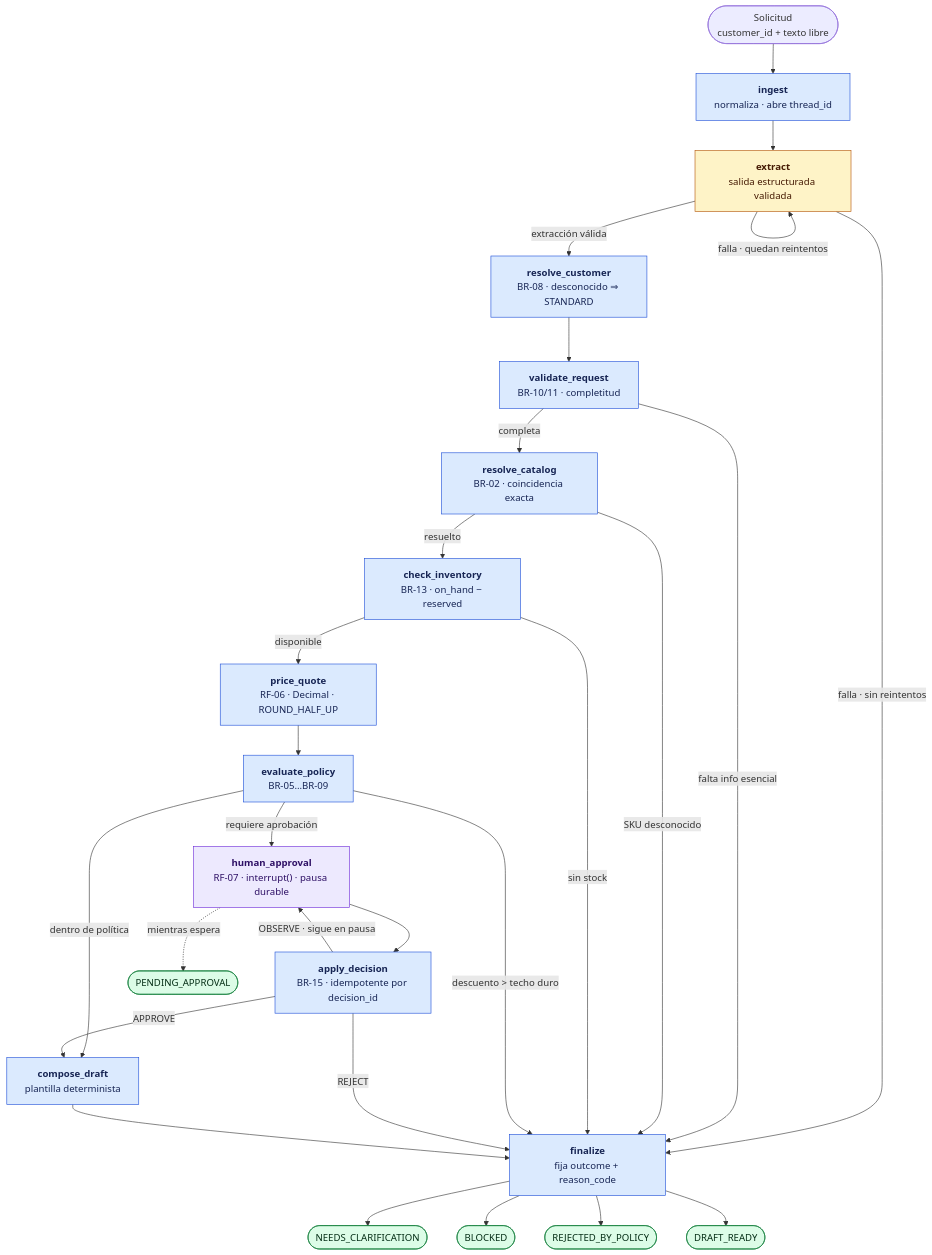
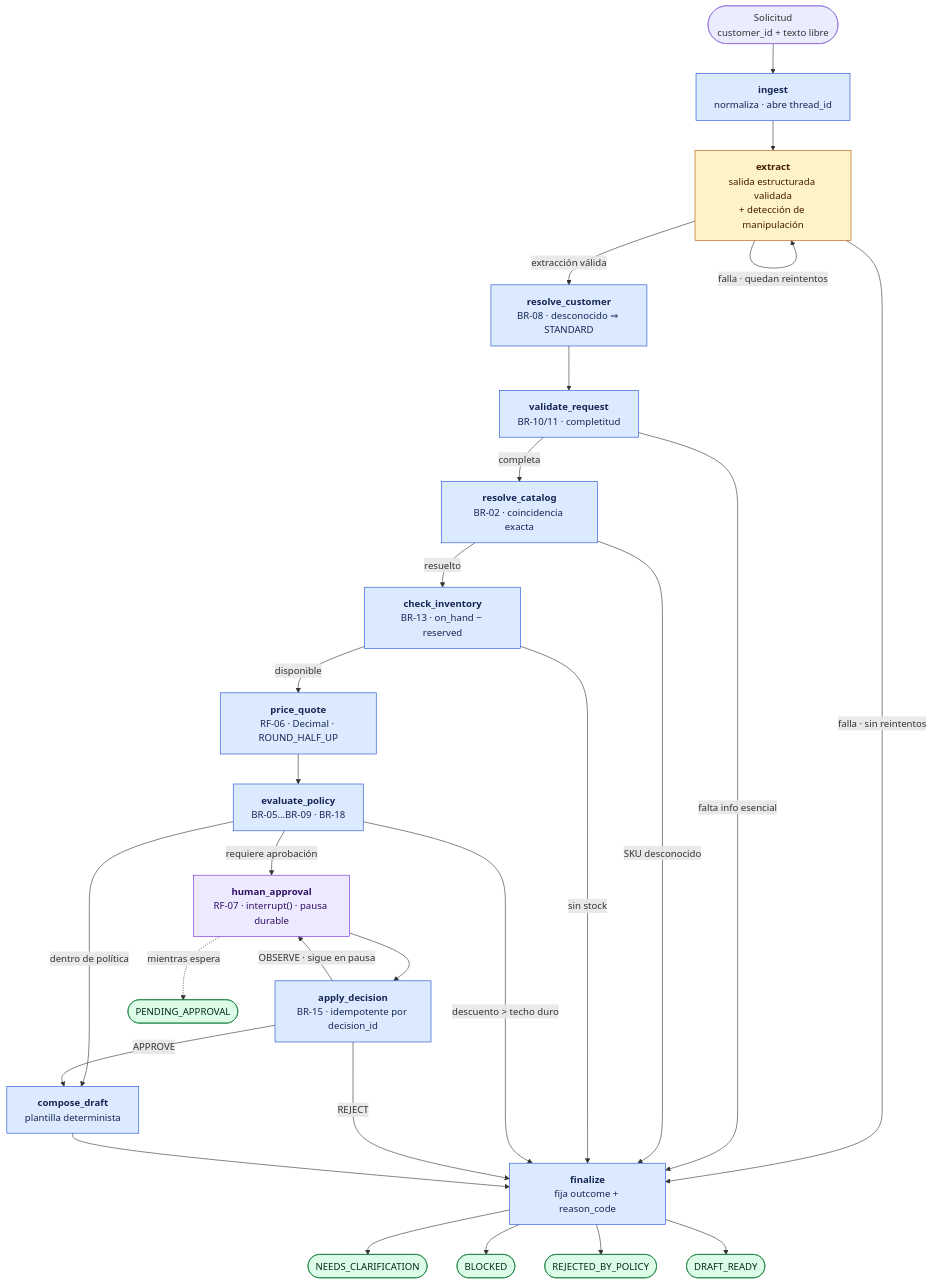
One commit to guisa17/quoteflow changed the second of 2 diagrams in README.md. Above: the diagram before and after it, drawn with Mermaid. The commit also changed other lines of this file and 14 other files, not shown here.

````diff
--- a/README.md
+++ b/README.md
@@ -30,57 +147,56 @@
 ```mermaid
 flowchart TD
     START(["Solicitud<br/>customer_id + texto libre"]) --> ingest
 
     ingest["<b>ingest</b><br/>normaliza · abre thread_id"] --> extract
-    extract["<b>extract</b><br/>salida estructurada validada"]
+    extract["<b>extract</b><br/>salida estructurada validada<br/>+ detección de manipulación"]
     extract -->|"extracción válida"| resolve_customer
     extract -->|"falla · quedan reintentos"| extract
     extract -->|"falla · sin reintentos"| finalize
 
     resolve_customer["<b>resolve_customer</b><br/>BR-08 · desconocido ⇒ STANDARD"] --> validate_request
 
     validate_request["<b>validate_request</b><br/>BR-10/11 · completitud"]
     validate_request -->|"falta info esencial"| finalize
     validate_request -->|"completa"| resolve_catalog
 
     resolve_catalog["<b>resolve_catalog</b><br/>BR-02 · coincidencia exacta"]
     resolve_catalog -->|"SKU desconocido"| finalize
     resolve_catalog -->|"resuelto"| check_inventory
 
     check_inventory["<b>check_inventory</b><br/>BR-13 · on_hand − reserved"]
     check_inventory -->|"sin stock"| finalize
     check_inventory -->|"disponible"| price_quote
 
     price_quote["<b>price_quote</b><br/>RF-06 · Decimal · ROUND_HALF_UP"] --> evaluate_policy
 
-    evaluate_policy["<b>evaluate_policy</b><br/>BR-05…BR-09"]
+    evaluate_policy["<b>evaluate_policy</b><br/>BR-05…BR-09 · BR-18"]
     evaluate_policy -->|"descuento > techo duro"| finalize
     evaluate_policy -->|"requiere aprobación"| human_approval
     evaluate_policy -->|"dentro de política"| compose_draft
 
     human_approval["<b>human_approval</b><br/>RF-07 · interrupt() · pausa durable"] --> apply_decision
 
     apply_decision["<b>apply_decision</b><br/>BR-15 · idempotente por decision_id"]
     apply_decision -->|"APPROVE"| compose_draft
     apply_decision -->|"REJECT"| finalize
     apply_decision -->|"OBSERVE · sigue en pausa"| human_approval
 
     compose_draft["<b>compose_draft</b><br/>plantilla determinista"] --> finalize
     finalize["<b>finalize</b><br/>fija outcome + reason_code"]
 
     finalize --> R1(["NEEDS_CLARIFICATION"])
     finalize --> R2(["BLOCKED"])
     finalize --> R3(["REJECTED_BY_POLICY"])
     finalize --> R4(["DRAFT_READY"])
     human_approval -.->|"mientras espera"| R5(["PENDING_APPROVAL"])
 
     classDef llm fill:#fef3c7,stroke:#b45309,color:#451a03
     classDef det fill:#dbeafe,stroke:#1d4ed8,color:#172554
     classDef human fill:#ede9fe,stroke:#6d28d9,color:#2e1065
     classDef out fill:#dcfce7,stroke:#15803d,color:#052e16
-
     class extract llm
     class ingest,resolve_customer,validate_request,resolve_catalog,check_inventory,price_quote,evaluate_policy,apply_decision,compose_draft,finalize det
     class human_approval human
     class R1,R2,R3,R4,R5 out
 ```
````
